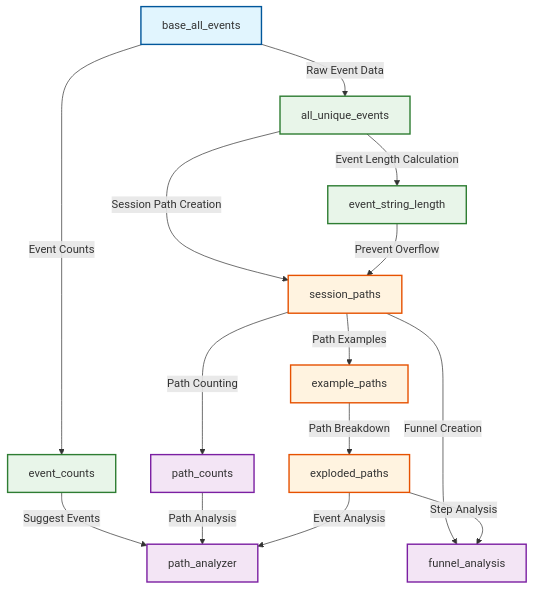
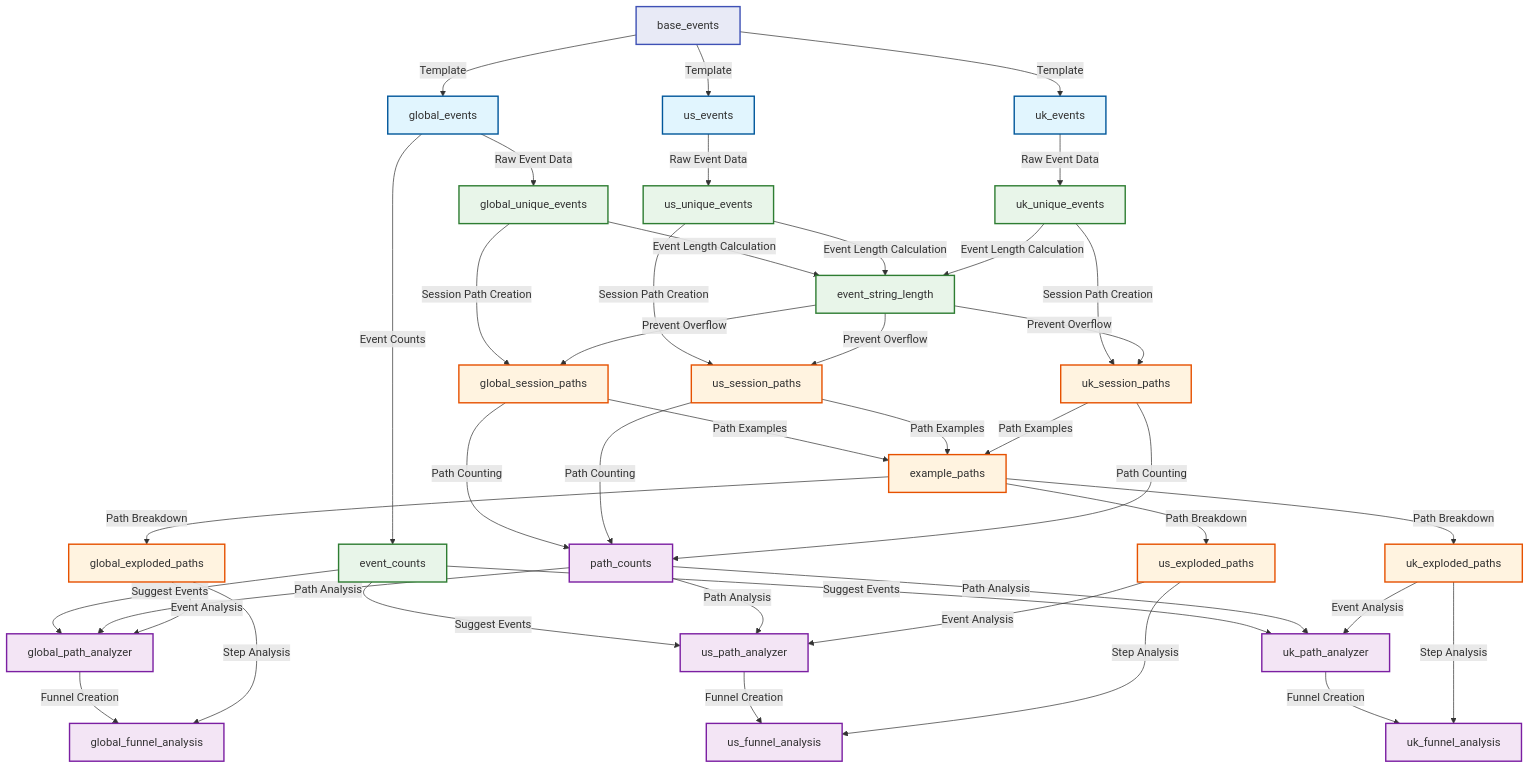
The second of 2 diagrams in documentation/data_model_visualization.md (thuyvinhdinh175/lookerML_demo_user_journey), drawn with Mermaid before and after one commit. The commit also changed other lines of this file and 29 other files, not shown here.

````diff
--- a/documentation/data_model_visualization.md
+++ b/documentation/data_model_visualization.md
@@ -16,26 +186,68 @@
 ```mermaid
 graph TD
-    A[base_all_events] -->|Raw Event Data| B[all_unique_events]
-    A -->|Event Counts| C[event_counts]
-    B -->|Event Length Calculation| D[event_string_length]
-    B -->|Session Path Creation| E[session_paths]
-    C -->|Suggest Events| H[path_analyzer]
-    D -->|Prevent Overflow| E
-    E -->|Path Examples| F[example_paths]
-    E -->|Path Counting| G[path_counts]
-    F -->|Path Breakdown| I[exploded_paths]
-    G -->|Path Analysis| H
-    I -->|Event Analysis| H
-    E -->|Funnel Creation| J[funnel_analysis]
-    I -->|Step Analysis| J
+    A[base_events] -->|Template| B1[global_events]
+    A -->|Template| B2[us_events]
+    A -->|Template| B3[uk_events]
     
+    B1 -->|Raw Event Data| C1[global_unique_events]
+    B2 -->|Raw Event Data| C2[us_unique_events]
+    B3 -->|Raw Event Data| C3[uk_unique_events]
+    
+    B1 -->|Event Counts| D[event_counts]
+    
+    C1 -->|Event Length Calculation| E[event_string_length]
+    C2 -->|Event Length Calculation| E
+    C3 -->|Event Length Calculation| E
+    
+    C1 -->|Session Path Creation| F1[global_session_paths]
+    C2 -->|Session Path Creation| F2[us_session_paths]
+    C3 -->|Session Path Creation| F3[uk_session_paths]
+    
+    D -->|Suggest Events| G1[global_path_analyzer]
+    D -->|Suggest Events| G2[us_path_analyzer]
+    D -->|Suggest Events| G3[uk_path_analyzer]
+    
+    E -->|Prevent Overflow| F1
+    E -->|Prevent Overflow| F2
+    E -->|Prevent Overflow| F3
+    
+    F1 -->|Path Examples| H[example_paths]
+    F2 -->|Path Examples| H
+    F3 -->|Path Examples| H
+    
+    F1 -->|Path Counting| I[path_counts]
+    F2 -->|Path Counting| I
+    F3 -->|Path Counting| I
+    
+    H -->|Path Breakdown| J1[global_exploded_paths]
+    H -->|Path Breakdown| J2[us_exploded_paths]
+    H -->|Path Breakdown| J3[uk_exploded_paths]
+    
+    I -->|Path Analysis| G1
+    I -->|Path Analysis| G2
+    I -->|Path Analysis| G3
+    
+    J1 -->|Event Analysis| G1
+    J2 -->|Event Analysis| G2
+    J3 -->|Event Analysis| G3
+    
+    G1 -->|Funnel Creation| K1[global_funnel_analysis]
+    G2 -->|Funnel Creation| K2[us_funnel_analysis]
+    G3 -->|Funnel Creation| K3[uk_funnel_analysis]
+    
+    J1 -->|Step Analysis| K1
+    J2 -->|Step Analysis| K2
+    J3 -->|Step Analysis| K3
+    
+    classDef baseLayer fill:#e8eaf6,stroke:#3f51b5,stroke-width:2px;
     classDef sourceLayer fill:#e1f5fe,stroke:#01579b,stroke-width:2px;
     classDef processingLayer fill:#e8f5e9,stroke:#2e7d32,stroke-width:2px;
     classDef pathLayer fill:#fff3e0,stroke:#e65100,stroke-width:2px;
     classDef analysisLayer fill:#f3e5f5,stroke:#7b1fa2,stroke-width:2px;
     
-    class A sourceLayer;
-    class B,C,D processingLayer;
-    class E,F,I pathLayer;
-    class G,H,J analysisLayer;
+    class A baseLayer;
+    class B1,B2,B3 sourceLayer;
+    class C1,C2,C3,D,E processingLayer;
+    class F1,F2,F3,H,J1,J2,J3 pathLayer;
+    class G1,G2,G3,I,K1,K2,K3 analysisLayer;
 ```
````
